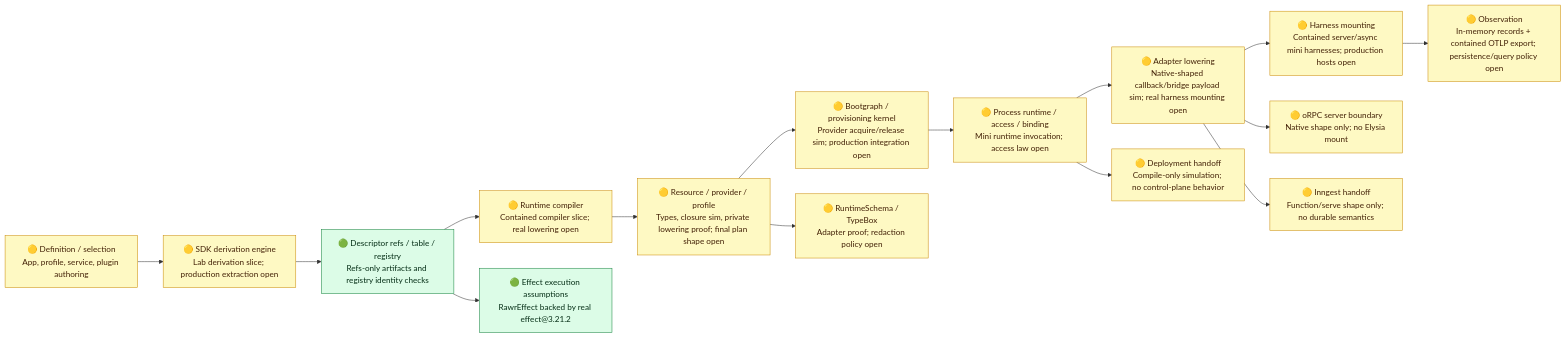
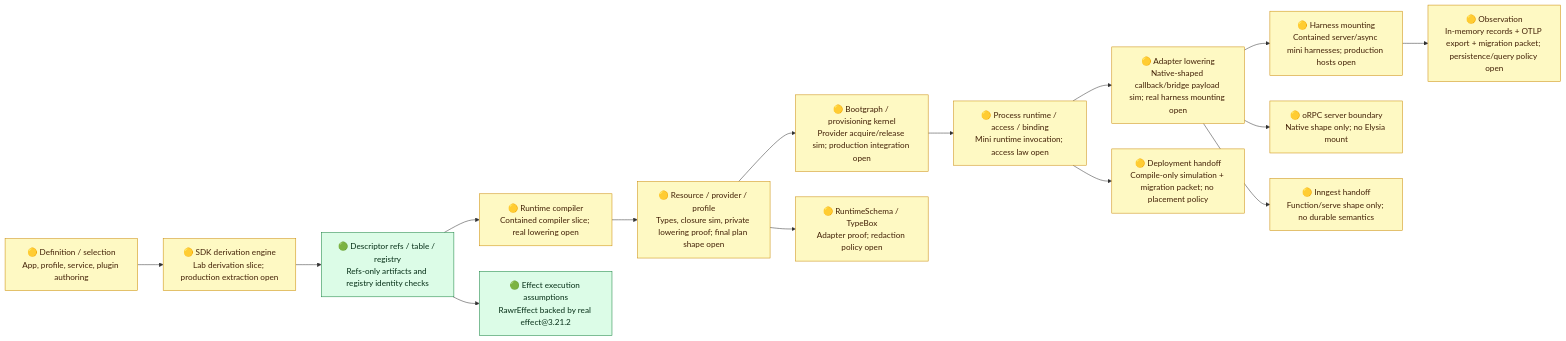
The diagram in tools/runtime-realization-type-env/evidence/runtime-spine-verification-diagnostic.md (rawr-ai/rawr-hq-template), drawn with Mermaid before and after one commit. The commit also changed other lines of this file and 9 other files, not shown here.

Commit message:
feat(runtime): prove migration observation packet

````diff
--- a/tools/runtime-realization-type-env/evidence/runtime-spine-verification-diagnostic.md
+++ b/tools/runtime-realization-type-env/evidence/runtime-spine-verification-diagnostic.md
@@ -19,25 +19,25 @@
 ```mermaid
 flowchart LR
   A["🟡 Definition / selection<br/>App, profile, service, plugin authoring"] --> B["🟡 SDK derivation engine<br/>Lab derivation slice; production extraction open"]
   B --> C["🟢 Descriptor refs / table / registry<br/>Refs-only artifacts and registry identity checks"]
   C --> D["🟡 Runtime compiler<br/>Contained compiler slice; real lowering open"]
   D --> E["🟡 Resource / provider / profile<br/>Types, closure sim, private lowering proof; final plan shape open"]
   E --> F["🟡 Bootgraph / provisioning kernel<br/>Provider acquire/release sim; production integration open"]
   F --> G["🟡 Process runtime / access / binding<br/>Mini runtime invocation; access law open"]
   G --> H["🟡 Adapter lowering<br/>Native-shaped callback/bridge payload sim; real harness mounting open"]
   H --> I["🟡 Harness mounting<br/>Contained server/async mini harnesses; production hosts open"]
-  I --> J["🟡 Observation<br/>In-memory records + contained OTLP export; persistence/query policy open"]
+  I --> J["🟡 Observation<br/>In-memory records + OTLP export + migration packet; persistence/query policy open"]
 
   C --> K["🟢 Effect execution assumptions<br/>RawrEffect backed by real effect@3.21.2"]
   E --> L["🟡 RuntimeSchema / TypeBox<br/>Adapter proof; redaction policy open"]
   H --> M["🟡 oRPC server boundary<br/>Native shape only; no Elysia mount"]
   H --> N["🟡 Inngest handoff<br/>Function/serve shape only; no durable semantics"]
-  G --> O["🟡 Deployment handoff<br/>Compile-only simulation; no control-plane behavior"]
+  G --> O["🟡 Deployment handoff<br/>Compile-only simulation + migration packet; no placement policy"]
 
   classDef green fill:#dcfce7,stroke:#15803d,color:#052e16;
   classDef yellow fill:#fef9c3,stroke:#ca8a04,color:#422006;
   classDef red fill:#fee2e2,stroke:#b91c1c,color:#450a0a;
   class C,K green;
   class A,B,D,E,F,G,H,J,L,M,N,O yellow;
   class I yellow;
 ```
````
